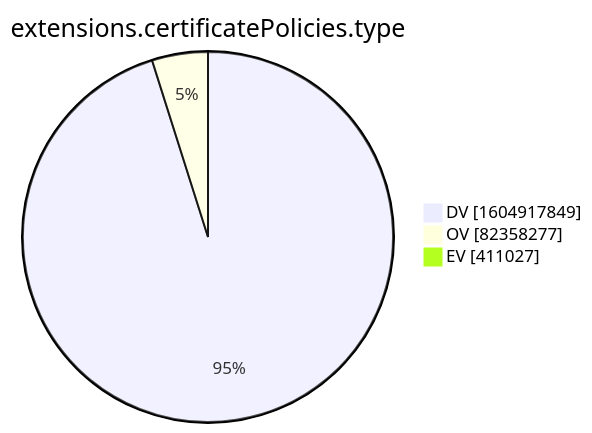
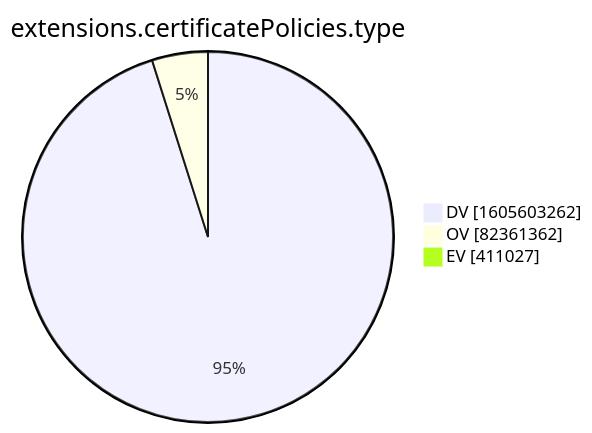
Before and after one commit to christiankrug/ctmonitor_visualization: the tenth of 15 diagrams in xenon2022/README.md, drawn with Mermaid. The commit also changed other lines of this file, not shown here.

````diff
--- a/xenon2022/README.md
+++ b/xenon2022/README.md
@@ -2878,7 +2878,7 @@
 ```mermaid
 pie showData
 title extensions.certificatePolicies.type
-"DV" :1604917849
-"OV" :82358277
+"DV" :1605603262
+"OV" :82361362
 "EV" :411027
 ```
````
